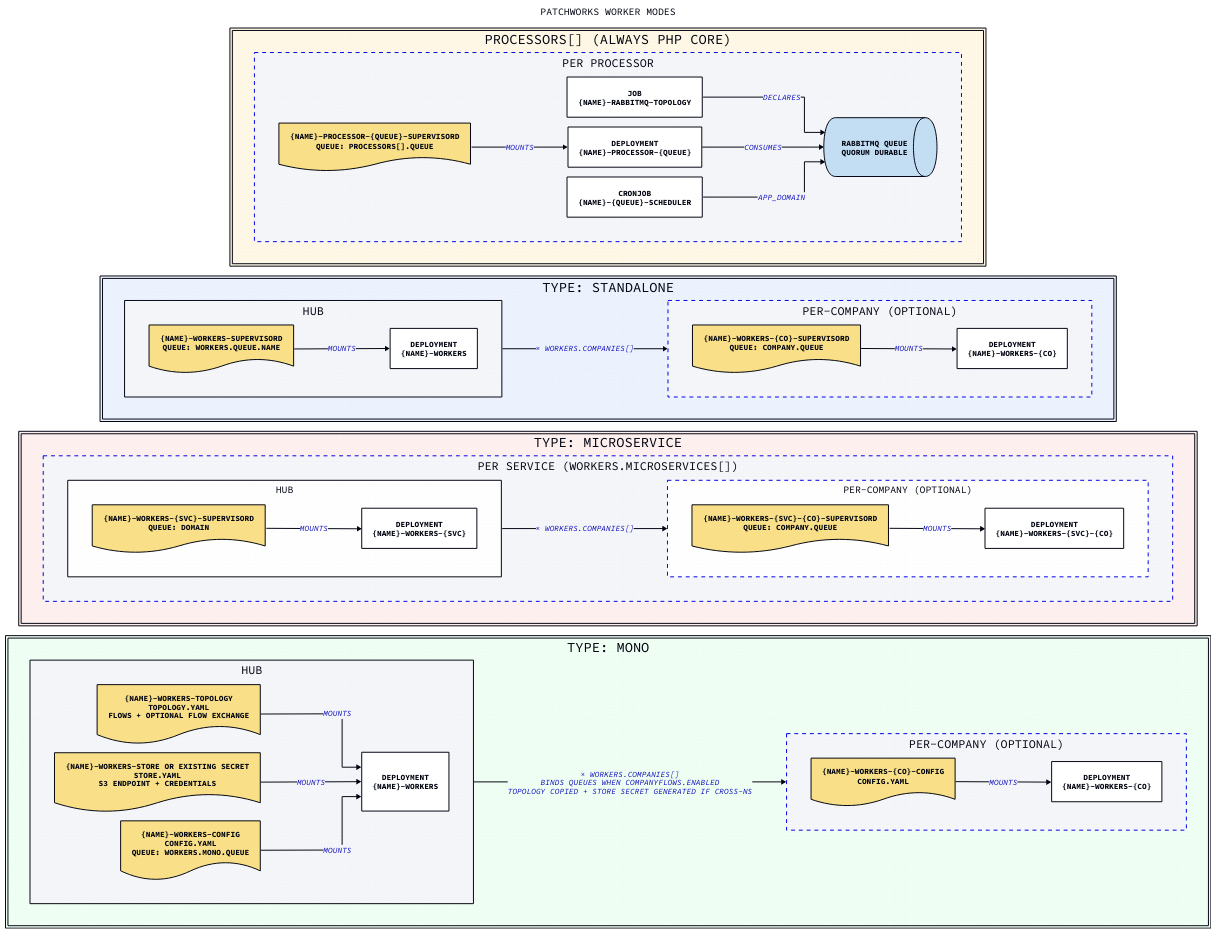
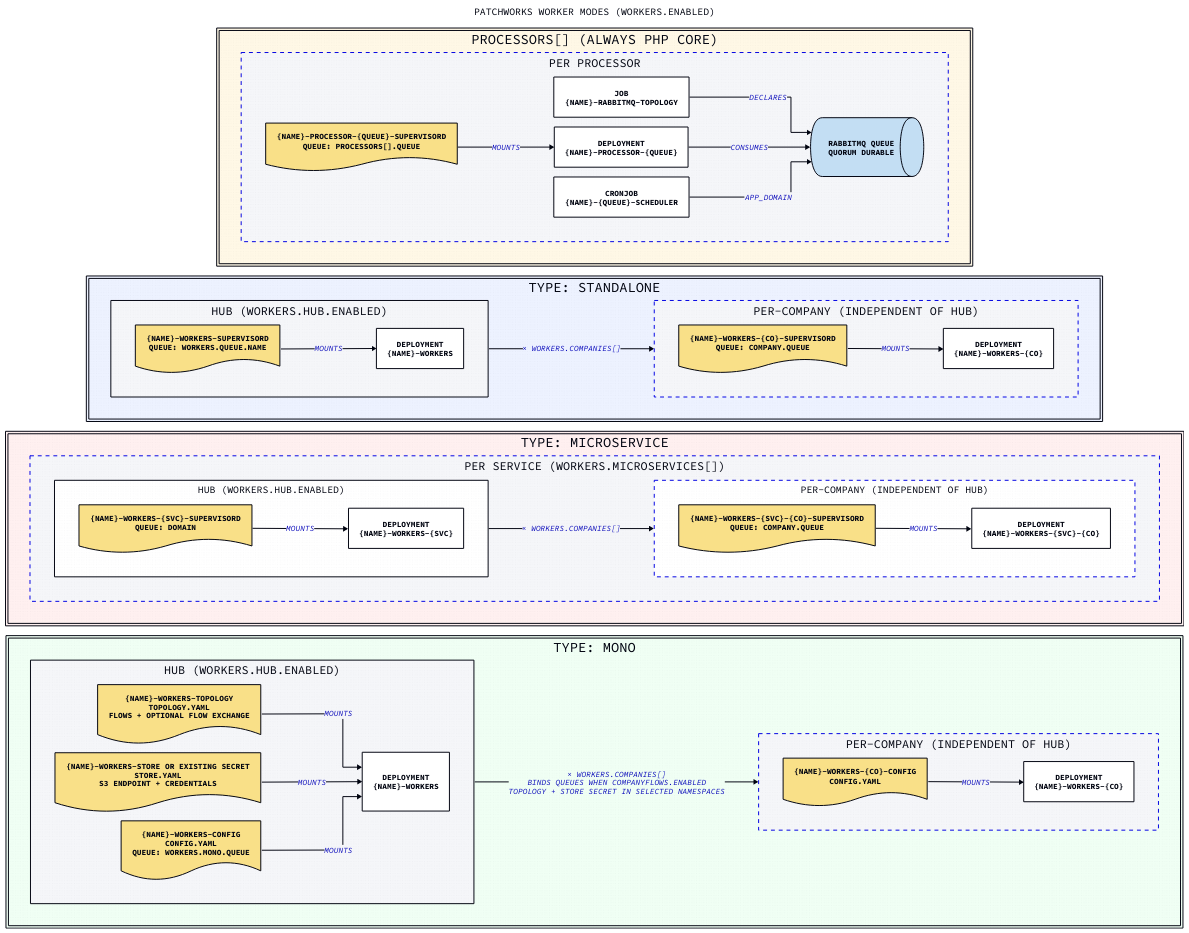
Before and after one commit to gopatchworks/selfhosted: the diagram in docs/workers-diagram.d2, drawn with D2. The commit also changed 27 other files, not shown here.

Commit message:
allow each component to be enabled/disabled

```diff
--- a/docs/workers-diagram.d2
+++ b/docs/workers-diagram.d2
@@ -1,133 +1,133 @@
 vars: {
   d2-config: {
     layout-engine: elk
     # Terminal theme code
     theme-id: 300
   }
 }
 
 direction: right
 
-title: Patchworks Worker Modes {
+title: "Patchworks Worker Modes (workers.enabled)" {
   shape: text
   near: top-center
   style.font-size: 20
 }
 
 # ── processors[] ────────────────────────────────────────────────────────────
 
 processors: "processors[] (always PHP Core)" {
   style.fill: "#FFF8E6"
   direction: down
 
-  desc: "Background processor queues are independent of workers.type.\nEach enabled processor creates a PHP worker Deployment and scheduler CronJob.\nThe app chart also asserts RabbitMQ queues with a topology hook." {
+  desc: "Background processor queues are independent of workers.type.\nprocessorDeployments.enabled and scheduler.enabled independently select Deployments and CronJobs.\nrabbitmq.topology.enabled independently selects the queue assertion hook." {
     shape: text
   }
 
   processor: "Per Processor" {
     style.stroke-dash: 4
     direction: right
     topology: "Job\n{name}-rabbitmq-topology" { shape: rectangle }
     cm: "{name}-processor-{queue}-supervisord\nqueue: processors[].queue" { shape: document }
     dep: "Deployment\n{name}-processor-{queue}" { shape: rectangle }
     cron: "CronJob\n{name}-{queue}-scheduler" { shape: rectangle }
     queue: "RabbitMQ queue\nquorum durable" { shape: queue }
     topology -> queue: declares
     cm -> dep: mounts
     dep -> queue: consumes
     cron -> queue: APP_DOMAIN
   }
 }
 
 # ── type: standalone ────────────────────────────────────────────────────────
 
 standalone: "type: standalone" {
   style.fill: "#EDF2FF"
   direction: down
 
   desc: "One queue worker via supervisord.\nConcurrency controlled by workers.processes (numprocs)." {
     shape: text
   }
 
-  hub: Hub {
+  hub: "Hub (workers.hub.enabled)" {
     direction: right
     cm: "{name}-workers-supervisord\nqueue: workers.queue.name" { shape: document }
     dep: "Deployment\n{name}-workers" { shape: rectangle }
     cm -> dep: mounts
   }
 
-  company: "Per-Company (optional)" {
+  company: "Per-Company (independent of hub)" {
     style.stroke-dash: 4
     direction: right
     cm: "{name}-workers-{co}-supervisord\nqueue: company.queue" { shape: document }
     dep: "Deployment\n{name}-workers-{co}" { shape: rectangle }
     cm -> dep: mounts
   }
 
   hub -> company: "× workers.companies[]"
 }
 
 # ── type: microservice ───────────────────────────────────────────────────────
 
 microservice: "type: microservice" {
   style.fill: "#FFF0F0"
   direction: down
 
   desc: "One worker per service key in workers.microservices.\n_default provides fallbacks for all fields." {
     shape: text
   }
 
   service: "Per Service (workers.microservices[])" {
     style.stroke-dash: 4
     direction: down
 
-    hub: Hub {
+    hub: "Hub (workers.hub.enabled)" {
       direction: right
       cm: "{name}-workers-{svc}-supervisord\nqueue: domain" { shape: document }
       dep: "Deployment\n{name}-workers-{svc}" { shape: rectangle }
       cm -> dep: mounts
     }
 
-    company: "Per-Company (optional)" {
+    company: "Per-Company (independent of hub)" {
       style.stroke-dash: 4
       direction: right
       cm: "{name}-workers-{svc}-{co}-supervisord\nqueue: company.queue" { shape: document }
       dep: "Deployment\n{name}-workers-{svc}-{co}" { shape: rectangle }
       cm -> dep: mounts
     }
 
     hub -> company: "× workers.companies[]"
   }
 }
 
 # ── type: mono ───────────────────────────────────────────────────────────────
 
 mono: "type: mono" {
   style.fill: "#F0FFF4"
   direction: down
 
   desc: "Monocore Go worker. RabbitMQ topology asserted at startup via topology.yaml." {
     shape: text
   }
 
-  hub: Hub {
+  hub: "Hub (workers.hub.enabled)" {
     direction: right
     topology: "{name}-workers-topology\ntopology.yaml\nflows + optional flow exchange" { shape: document }
     store:    "{name}-workers-store or existing Secret\nstore.yaml\nS3 endpoint + credentials" { shape: document }
     config:   "{name}-workers-config\nconfig.yaml\nqueue: workers.mono.queue" { shape: document }
     dep:      "Deployment\n{name}-workers"                      { shape: rectangle }
     topology -> dep: mounts
     store    -> dep: mounts
     config   -> dep: mounts
   }
 
-  company: "Per-Company (optional)" {
+  company: "Per-Company (independent of hub)" {
     style.stroke-dash: 4
     direction: right
     config: "{name}-workers-{co}-config\nconfig.yaml"           { shape: document }
     dep:    "Deployment\n{name}-workers-{co}"                   { shape: rectangle }
     config -> dep: mounts
   }
 
-  hub -> company: "× workers.companies[]\nbinds queues when companyFlows.enabled\ntopology copied + store Secret generated if cross-ns"
+  hub -> company: "× workers.companies[]\nbinds queues when companyFlows.enabled\ntopology + store Secret in selected namespaces"
 }
```
